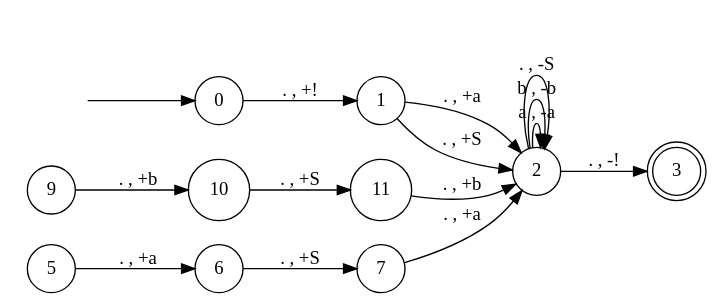
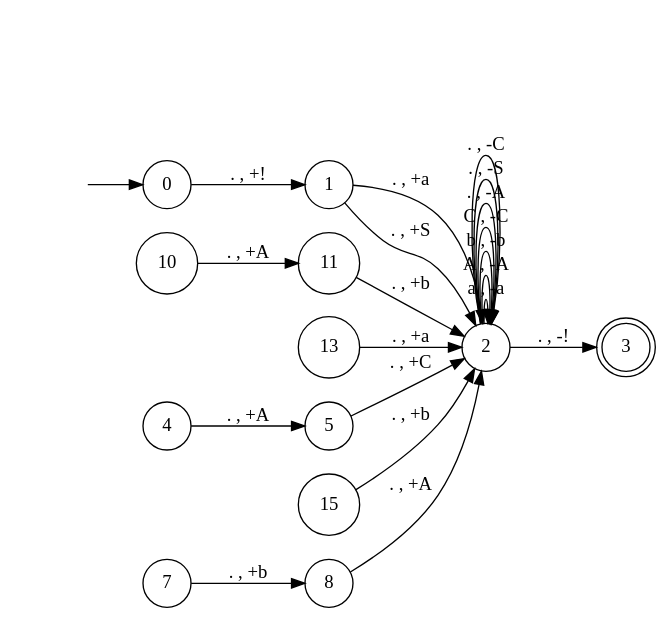
Before and after one commit to tsubaric/ToC: the diagram in output.gv, drawn with Graphviz. The commit also changed 1 other file, not shown here.

```diff
--- a/output.gv
+++ b/output.gv
@@ -1,21 +1,27 @@
 digraph pda {
 rankdir = LR;
 hidden [shape = plaintext, label = ""];
 node [shape = doublecircle];
 3;
 node [shape = circle];
 hidden -> 0;
 11 -> 2 [label = ". , +b"];
 0 -> 1 [label = ". , +!"];
 1 -> 2 [label = ". , +a"];
 1 -> 2 [label = ". , +S"];
 2 -> 2 [label = "a , -a"];
+2 -> 2 [label = "A , -A"];
 2 -> 2 [label = "b , -b"];
+2 -> 2 [label = "C , -C"];
+2 -> 2 [label = ". , -A"];
 2 -> 2 [label = ". , -S"];
+2 -> 2 [label = ". , -C"];
 2 -> 3 [label = ". , -!"];
-5 -> 6 [label = ". , +a"];
-6 -> 7 [label = ". , +S"];
-7 -> 2 [label = ". , +a"];
-9 -> 10 [label = ". , +b"];
-10 -> 11 [label = ". , +S"];
+13 -> 2 [label = ". , +a"];
+4 -> 5 [label = ". , +A"];
+15 -> 2 [label = ". , +b"];
+5 -> 2 [label = ". , +C"];
+7 -> 8 [label = ". , +b"];
+8 -> 2 [label = ". , +A"];
+10 -> 11 [label = ". , +A"];
 }
```
